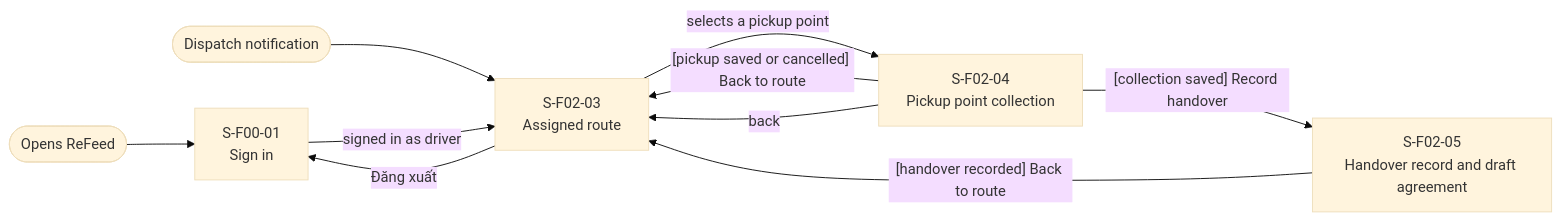
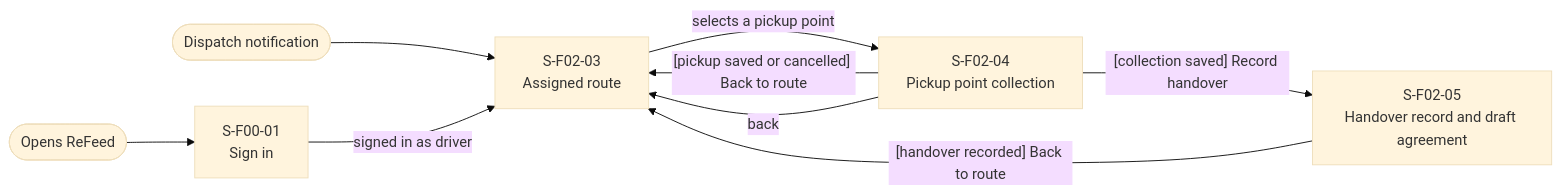
One commit to thuyvicbh-alt/DBIZ2---GROUP-D changed the second of 4 diagrams in docs/external-design/screen-transition.md. Above: the diagram before and after it, drawn with Mermaid (base theme). The commit also changed other lines of this file, not shown here.

````diff
--- a/docs/external-design/screen-transition.md
+++ b/docs/external-design/screen-transition.md
@@ -66,18 +65,17 @@
 ```mermaid
 flowchart LR
   entry(["Opens ReFeed"])
   notif(["Dispatch notification"])
   S00_01["S-F00-01<br>Sign in"]
   S02_03["S-F02-03<br>Assigned route"]
   S02_04["S-F02-04<br>Pickup point collection"]
   S02_05["S-F02-05<br>Handover record and draft agreement"]
   entry --> S00_01
   notif --> S02_03
   S00_01 -->|"signed in as driver"| S02_03
   S02_03 -->|"selects a pickup point"| S02_04
-  S02_03 -->|"Đăng xuất"| S00_01
   S02_04 -->|"[collection saved] Record handover"| S02_05
   S02_04 -->|"[pickup saved or cancelled] Back to route"| S02_03
   S02_04 -->|"back"| S02_03
   S02_05 -->|"[handover recorded] Back to route"| S02_03
 ```
````
